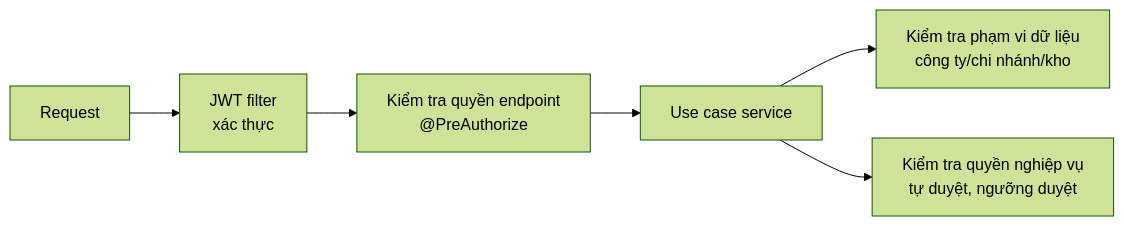
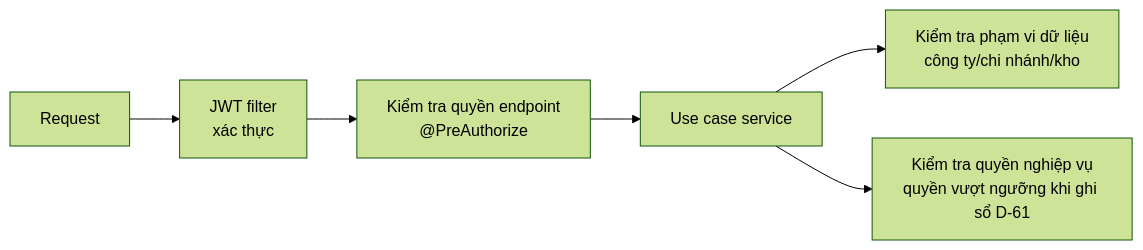
The fourth of 5 diagrams in inventory-management-ai-skeleton/docs/02-system-architecture.md (haict/pqb_ai), drawn with Mermaid (forest theme) before and after one commit. The commit also changed other lines of this file and 225 other files, not shown here.

````diff
--- a/inventory-management-ai-skeleton/docs/02-system-architecture.md
+++ b/inventory-management-ai-skeleton/docs/02-system-architecture.md
@@ -159,8 +159,8 @@
 ```mermaid
 flowchart LR
     R[Request] --> F1[JWT filter<br/>xác thực]
     F1 --> F2[Kiểm tra quyền endpoint<br/>@PreAuthorize]
     F2 --> S[Use case service]
     S --> F3[Kiểm tra phạm vi dữ liệu<br/>công ty/chi nhánh/kho]
-    S --> F4[Kiểm tra quyền nghiệp vụ<br/>tự duyệt, ngưỡng duyệt]
+    S --> F4[Kiểm tra quyền nghiệp vụ<br/>quyền vượt ngưỡng khi ghi sổ D-61]
 ```
````
